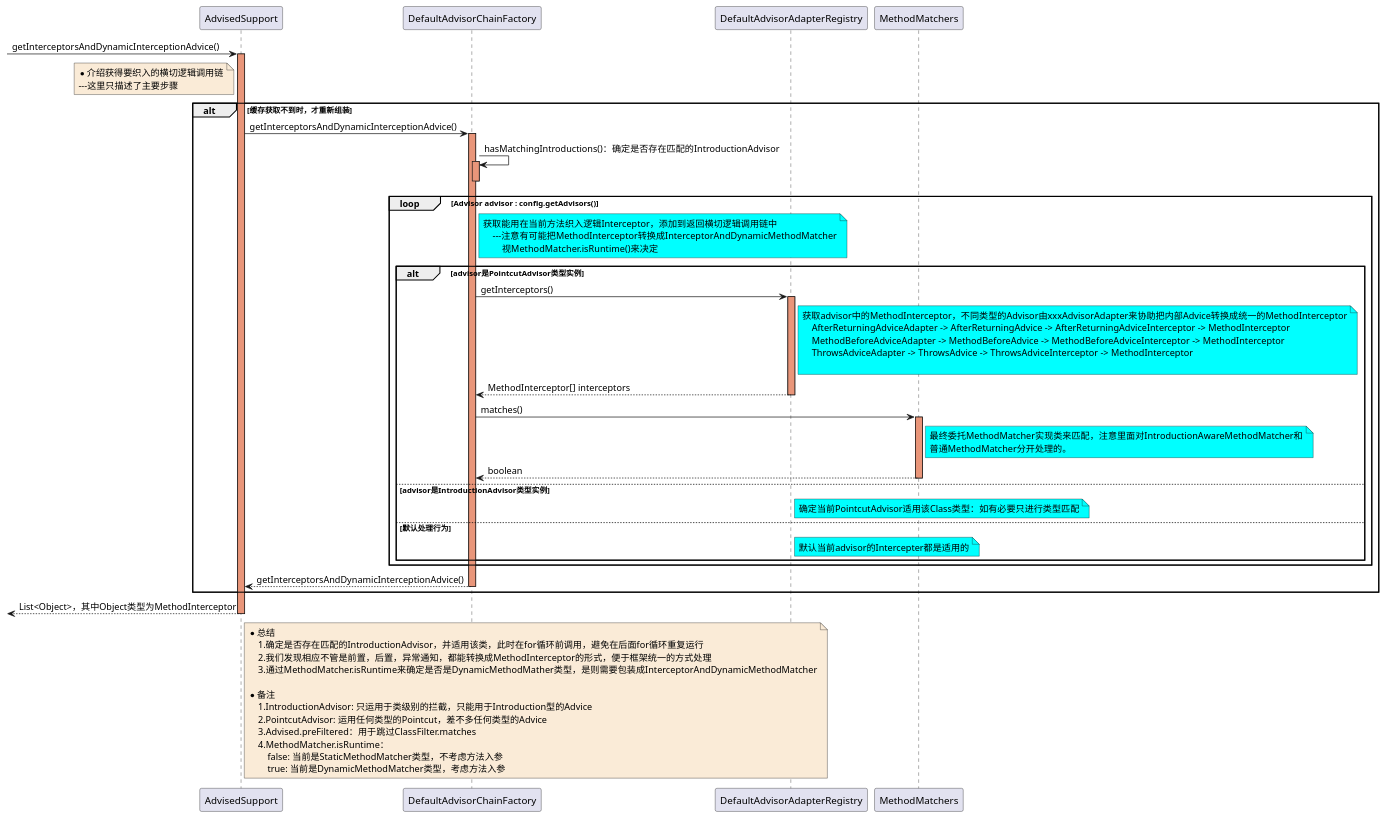
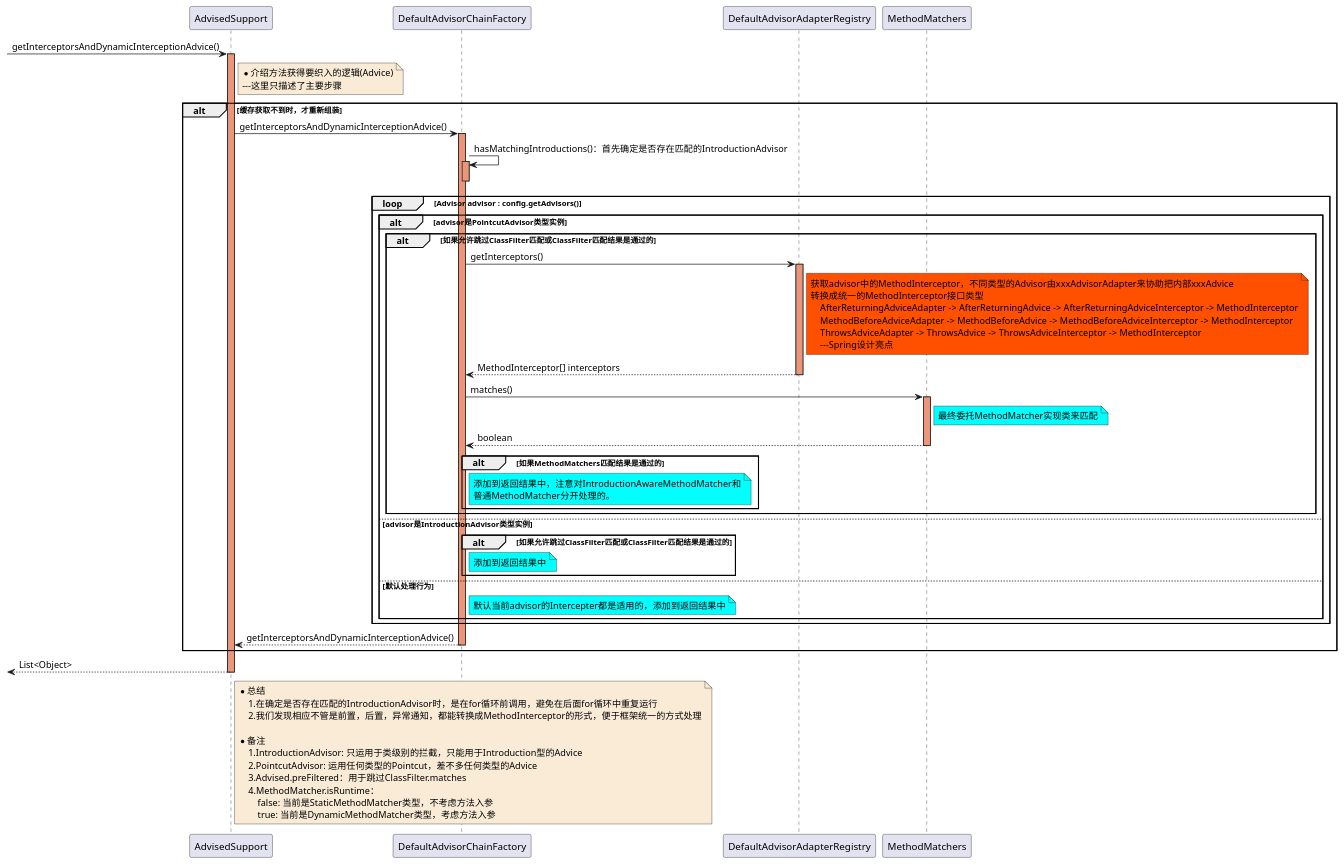
The diagram in document/spring/base/sequence/AOP-ProxyInvoke-1-AdvisedSupport_getInterceptorsAndDynamicInterceptionAdvice-sequence.puml (czwer/learn-spring-code), drawn with PlantUML before and after one commit. The commit also changed 5 other files, not shown here.

Commit message:
修改代理对象执行时的时序图

```diff
--- a/document/spring/base/sequence/AOP-ProxyInvoke-1-AdvisedSupport_getInterceptorsAndDynamicInterceptionAdvice-sequence.puml
+++ b/document/spring/base/sequence/AOP-ProxyInvoke-1-AdvisedSupport_getInterceptorsAndDynamicInterceptionAdvice-sequence.puml
@@ -1,81 +1,90 @@
 @startuml
 -> AdvisedSupport : getInterceptorsAndDynamicInterceptionAdvice()
 activate AdvisedSupport #DarkSalmon
 
-note left of AdvisedSupport #FAEBD7
-    *介绍获得要织入的横切逻辑调用链
+note right of AdvisedSupport #FAEBD7
+    *介绍方法获得要织入的逻辑(Advice)
     ---这里只描述了主要步骤
 end note
     alt 缓存获取不到时，才重新组装
         AdvisedSupport -> DefaultAdvisorChainFactory : getInterceptorsAndDynamicInterceptionAdvice()
         activate DefaultAdvisorChainFactory #DarkSalmon
-            DefaultAdvisorChainFactory -> DefaultAdvisorChainFactory : hasMatchingIntroductions()：确定是否存在匹配的IntroductionAdvisor
+            DefaultAdvisorChainFactory -> DefaultAdvisorChainFactory : hasMatchingIntroductions()：首先确定是否存在匹配的IntroductionAdvisor
             activate DefaultAdvisorChainFactory #DarkSalmon
             deactivate DefaultAdvisorChainFactory
 
             loop Advisor advisor : config.getAdvisors()
-                note right of DefaultAdvisorChainFactory #aqua
-                    获取能用在当前方法织入逻辑Interceptor，添加到返回横切逻辑调用链中
-                        ---注意有可能把MethodInterceptor转换成InterceptorAndDynamicMethodMatcher
-                            视MethodMatcher.isRuntime()来决定
-                end note
 
                 alt advisor是PointcutAdvisor类型实例
-                    DefaultAdvisorChainFactory -> DefaultAdvisorAdapterRegistry :getInterceptors()
-                    activate DefaultAdvisorAdapterRegistry #DarkSalmon
-                        note right of DefaultAdvisorAdapterRegistry #aqua
-                            获取advisor中的MethodInterceptor，不同类型的Advisor由xxxAdvisorAdapter来协助把内部Advice转换成统一的MethodInterceptor
-                                AfterReturningAdviceAdapter -> AfterReturningAdvice -> AfterReturningAdviceInterceptor -> MethodInterceptor
-                                MethodBeforeAdviceAdapter -> MethodBeforeAdvice -> MethodBeforeAdviceInterceptor -> MethodInterceptor
-                                ThrowsAdviceAdapter -> ThrowsAdvice -> ThrowsAdviceInterceptor -> MethodInterceptor
 
-                        end note
-                    DefaultAdvisorAdapterRegistry --> DefaultAdvisorChainFactory :MethodInterceptor[] interceptors
-                    deactivate DefaultAdvisorAdapterRegistry
+                    alt 如果允许跳过ClassFilter匹配或ClassFilter匹配结果是通过的
 
-                    DefaultAdvisorChainFactory -> MethodMatchers :matches()
-                    activate MethodMatchers #DarkSalmon
-                        note right of MethodMatchers #aqua
-                            最终委托MethodMatcher实现类来匹配，注意里面对IntroductionAwareMethodMatcher和
-                            普通MethodMatcher分开处理的。
-                        end note
-                    MethodMatchers --> DefaultAdvisorChainFactory :boolean
-                    deactivate MethodMatchers
+                        DefaultAdvisorChainFactory -> DefaultAdvisorAdapterRegistry :getInterceptors()
+                        activate DefaultAdvisorAdapterRegistry #DarkSalmon
+                            note right of DefaultAdvisorAdapterRegistry #FF5000
+                                获取advisor中的MethodInterceptor，不同类型的Advisor由xxxAdvisorAdapter来协助把内部xxxAdvice
+                                转换成统一的MethodInterceptor接口类型
+                                    AfterReturningAdviceAdapter -> AfterReturningAdvice -> AfterReturningAdviceInterceptor -> MethodInterceptor
+                                    MethodBeforeAdviceAdapter -> MethodBeforeAdvice -> MethodBeforeAdviceInterceptor -> MethodInterceptor
+                                    ThrowsAdviceAdapter -> ThrowsAdvice -> ThrowsAdviceInterceptor -> MethodInterceptor
+                                    ---Spring设计亮点
+                            end note
+                        DefaultAdvisorAdapterRegistry --> DefaultAdvisorChainFactory :MethodInterceptor[] interceptors
+                        deactivate DefaultAdvisorAdapterRegistry
+
+                        DefaultAdvisorChainFactory -> MethodMatchers :matches()
+                        activate MethodMatchers #DarkSalmon
+                            note right of MethodMatchers #aqua
+                                最终委托MethodMatcher实现类来匹配
+                            end note
+                        MethodMatchers --> DefaultAdvisorChainFactory :boolean
+                        deactivate MethodMatchers
+
+                        alt 如果MethodMatchers匹配结果是通过的
+                            note right of DefaultAdvisorChainFactory #aqua
+                                添加到返回结果中，注意对IntroductionAwareMethodMatcher和
+                                普通MethodMatcher分开处理的。
+                            end note
+                        end
+
+                    end
 
                 else advisor是IntroductionAdvisor类型实例
-                    note right of DefaultAdvisorAdapterRegistry #aqua
-                        确定当前PointcutAdvisor适用该Class类型：如有必要只进行类型匹配
-                    end note
+
+                    alt 如果允许跳过ClassFilter匹配或ClassFilter匹配结果是通过的
+                        note right of DefaultAdvisorChainFactory #aqua
+                            添加到返回结果中
+                        end note
+                    end
+
                 else 默认处理行为
-                    note right of DefaultAdvisorAdapterRegistry #aqua
-                        默认当前advisor的Intercepter都是适用的
+                    note right of DefaultAdvisorChainFactory #aqua
+                        默认当前advisor的Intercepter都是适用的，添加到返回结果中
                     end note
                 end
-
 
             end
 
         DefaultAdvisorChainFactory --> AdvisedSupport : getInterceptorsAndDynamicInterceptionAdvice()
         deactivate DefaultAdvisorChainFactory
 
     end
 
-<-- AdvisedSupport: List<Object>，其中Object类型为MethodInterceptor
+<-- AdvisedSupport: List<Object>
 deactivate AdvisedSupport
 
 note right of AdvisedSupport #FAEBD7
 *总结
-    1.确定是否存在匹配的IntroductionAdvisor，并适用该类，此时在for循环前调用，避免在后面for循环重复运行
+    1.在确定是否存在匹配的IntroductionAdvisor时，是在for循环前调用，避免在后面for循环中重复运行
     2.我们发现相应不管是前置，后置，异常通知，都能转换成MethodInterceptor的形式，便于框架统一的方式处理
-    3.通过MethodMatcher.isRuntime来确定是否是DynamicMethodMather类型，是则需要包装成InterceptorAndDynamicMethodMatcher
 
 *备注
     1.IntroductionAdvisor: 只运用于类级别的拦截，只能用于Introduction型的Advice
     2.PointcutAdvisor: 运用任何类型的Pointcut，差不多任何类型的Advice
     3.Advised.preFiltered：用于跳过ClassFilter.matches
     4.MethodMatcher.isRuntime：
         false: 当前是StaticMethodMatcher类型，不考虑方法入参
         true: 当前是DynamicMethodMatcher类型，考虑方法入参
 end note
 
 @enduml
```
